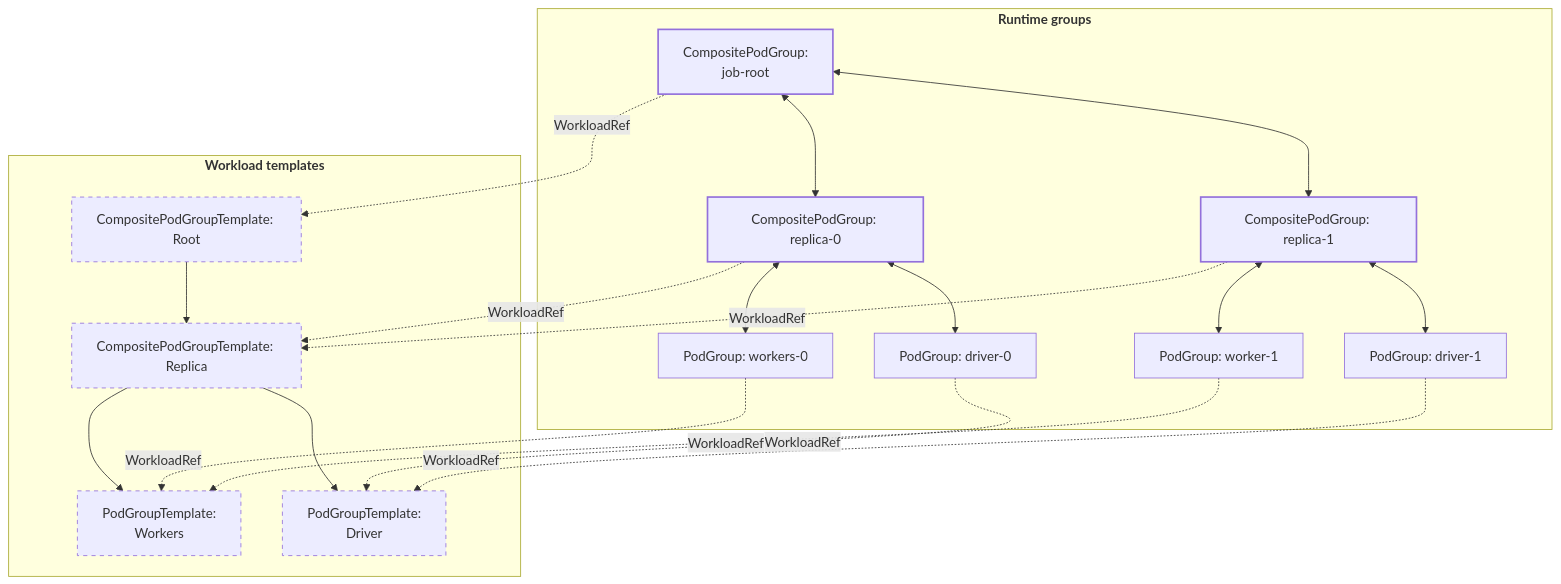
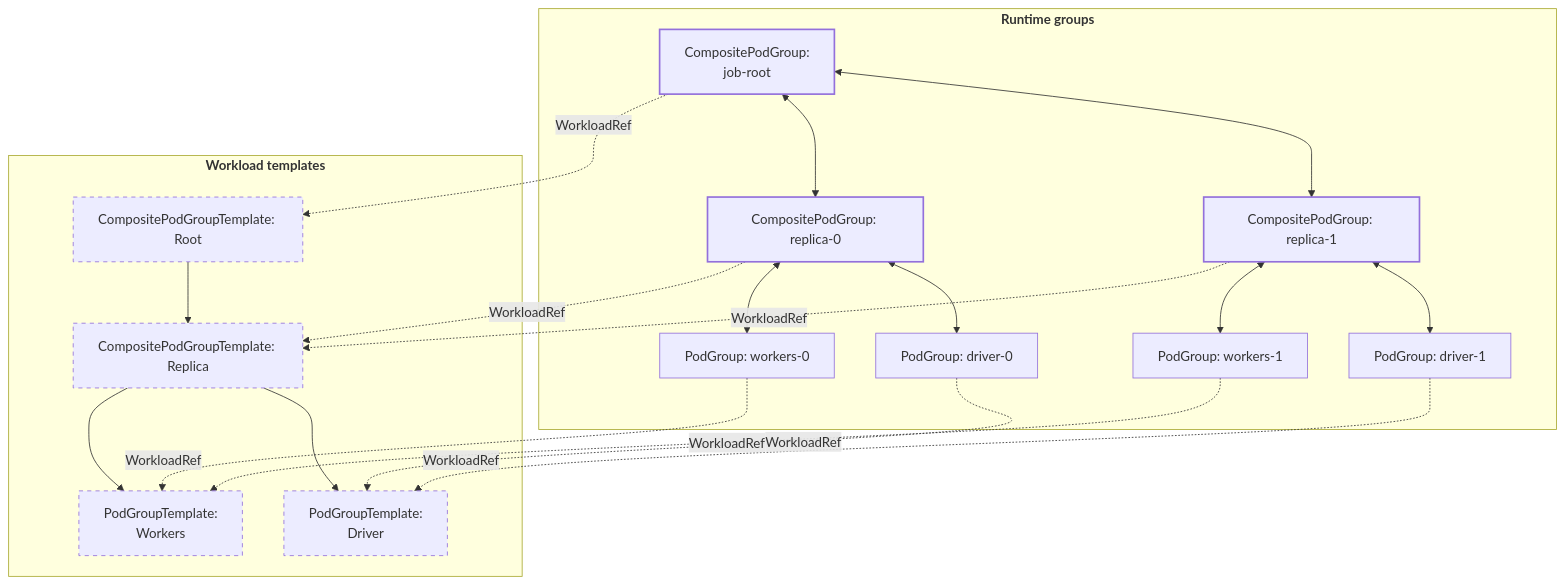
One commit to kubernetes/enhancements changed the diagram in keps/sig-scheduling/6012-composite-podgroup-api/README.md. Above: the diagram before and after it, drawn with Mermaid. The commit also changed other lines of this file, not shown here.

````diff
--- a/keps/sig-scheduling/6012-composite-podgroup-api/README.md
+++ b/keps/sig-scheduling/6012-composite-podgroup-api/README.md
@@ -357,57 +357,57 @@
 ```mermaid
 flowchart TD
     subgraph Instances ["<b>Runtime groups</b>"]
         RootCPG["CompositePodGroup:<br/>job-root"]
 
         subgraph Branch1 [" "]
             ChildCPG1["CompositePodGroup: replica-0"]
             PG1["PodGroup: workers-0"]
             PG2["PodGroup: driver-0"]
             ChildCPG1 <--> PG1
             ChildCPG1 <--> PG2
         end
 
         subgraph Branch2 [" "]
             ChildCPG2["CompositePodGroup: replica-1"]
-            PG3["PodGroup: worker-1"]
+            PG3["PodGroup: workers-1"]
             PG4["PodGroup: driver-1"]
             ChildCPG2 <--> PG3
             ChildCPG2 <--> PG4
         end
 
         RootCPG <--> ChildCPG1
         RootCPG <--> ChildCPG2
     end
 
     subgraph Templates ["<b>Workload templates</b>"]
         RootCPGT["CompositePodGroupTemplate: Root"]
         ChildCPGT["CompositePodGroupTemplate: Replica"]
         PGT1["PodGroupTemplate:</br>Workers"]
         PGT2["PodGroupTemplate:</br>Driver"]
 
         RootCPGT --> ChildCPGT
         ChildCPGT --> PGT1
         ChildCPGT --> PGT2
     end
 
     RootCPG -. "WorkloadRef" .-> RootCPGT
 
     ChildCPG1 -. "WorkloadRef" .-> ChildCPGT
     ChildCPG2 -. "WorkloadRef" .-> ChildCPGT
 
     PG1 -. "WorkloadRef" .-> PGT1
     PG2 -. "WorkloadRef" .-> PGT2
     PG3 -. "WorkloadRef" .-> PGT1
     PG4 -. "WorkloadRef" .-> PGT2
 
     classDef composite stroke-width:2px;
     classDef podgroup stroke-width:1px;
     classDef template stroke-width:1px,stroke-dasharray: 5 5;
     
     classDef hiddenBranch fill:none,stroke:none;
 
     class RootCPG,ChildCPG1,ChildCPG2 composite;
     class PG1,PG2,PG3,PG4 podgroup;
     class RootCPGT,ChildCPGT,PGT1,PGT2 template;
     class Branch1,Branch2 hiddenBranch;
 ```
````
